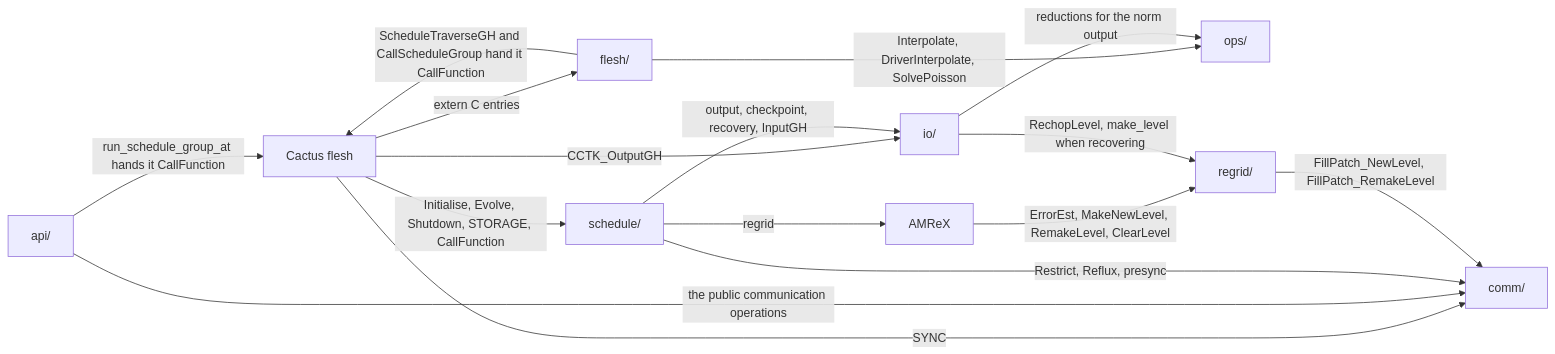
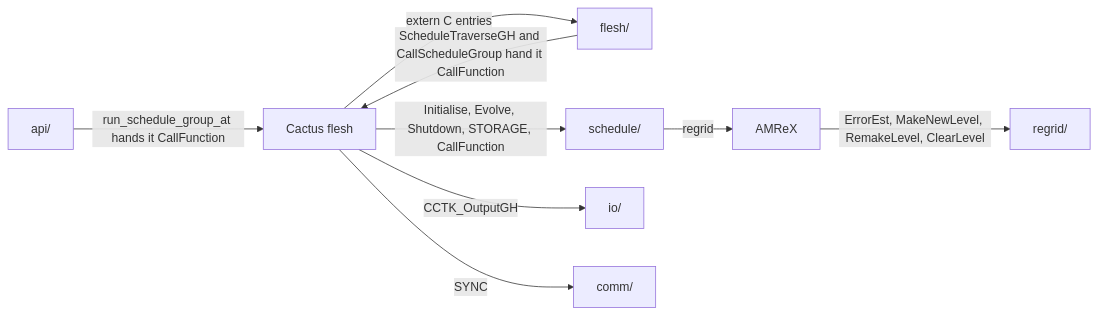
Before and after one commit to lwJi/CarpetX: the third of 3 diagrams in agent_docs/carpetx-internals.md, drawn with Mermaid. The commit also changed other lines of this file and 4 other files, not shown here.

````diff
--- a/agent_docs/carpetx-internals.md
+++ b/agent_docs/carpetx-internals.md
@@ -37,27 +66,19 @@
 ```mermaid
 flowchart LR
   cactus["Cactus flesh"]
   amrex["AMReX"]
   flesh["flesh/"]
   api["api/"]
   schedule["schedule/"]
   io["io/"]
-  ops["ops/"]
+  comm["comm/"]
   regrid["regrid/"]
-  comm["comm/"]
   cactus -- "extern C entries" --> flesh
   cactus -- "Initialise, Evolve, Shutdown, STORAGE, CallFunction" --> schedule
   cactus -- "CCTK_OutputGH" --> io
   cactus -- "SYNC" --> comm
   flesh -- "ScheduleTraverseGH and CallScheduleGroup hand it CallFunction" --> cactus
   api -- "run_schedule_group_at hands it CallFunction" --> cactus
-  flesh -- "Interpolate, DriverInterpolate, SolvePoisson" --> ops
-  api -- "the public communication operations" --> comm
-  schedule -- "output, checkpoint, recovery, InputGH" --> io
-  schedule -- "Restrict, Reflux, presync" --> comm
   schedule -- "regrid" --> amrex
   amrex -- "ErrorEst, MakeNewLevel, RemakeLevel, ClearLevel" --> regrid
-  io -- "reductions for the norm output" --> ops
-  io -- "RechopLevel, make_level when recovering" --> regrid
-  regrid -- "FillPatch_NewLevel, FillPatch_RemakeLevel" --> comm
 ```
````
